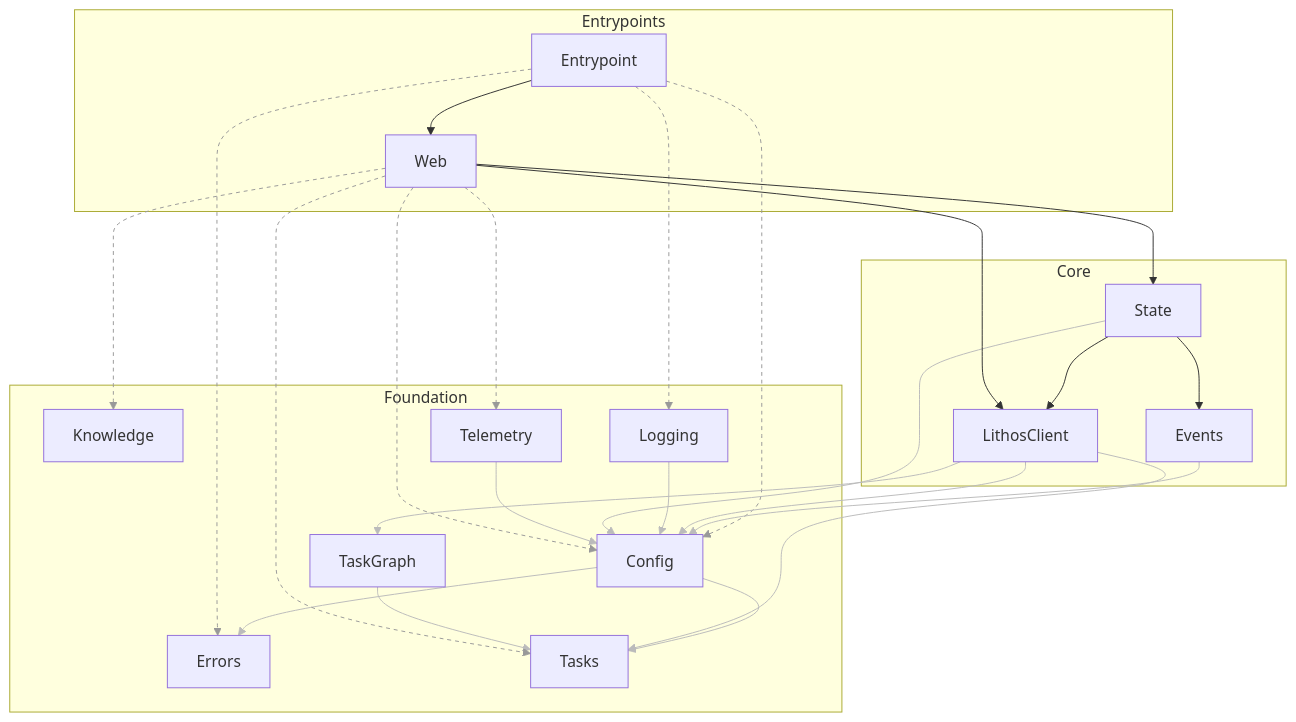
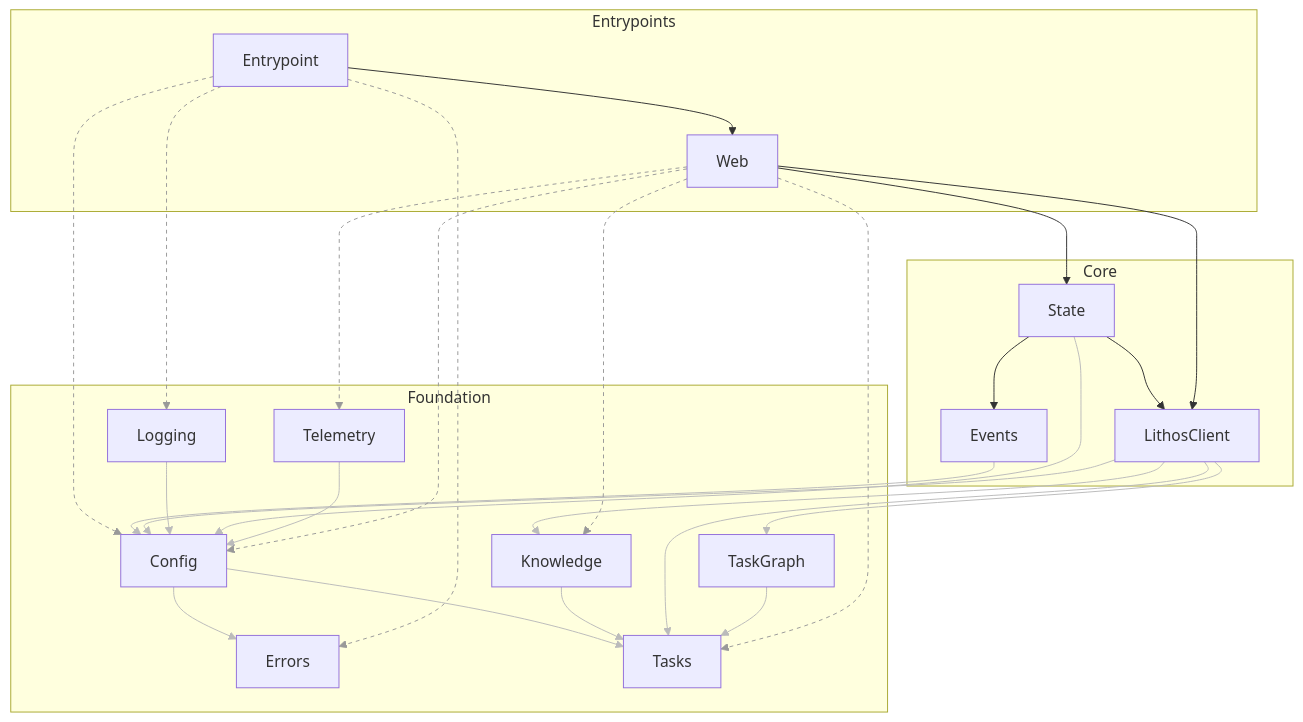
One commit to agent-lore/lithos-lens changed the diagram in docs/generated/architecture.md. Above: the diagram before and after it, drawn with Mermaid. The commit also changed 20 other files, not shown here.

````diff
--- a/docs/generated/architecture.md
+++ b/docs/generated/architecture.md
@@ -6,72 +6,76 @@
 ```mermaid
 graph TD
   subgraph tier_Entrypoints["Entrypoints"]
     Entrypoint
     Web
   end
   subgraph tier_Core["Core"]
     Events
     LithosClient
     State
   end
   subgraph tier_Foundation["Foundation"]
     Config
     Errors
     Knowledge
     Logging
     TaskGraph
     Tasks
     Telemetry
   end
   click Config "components/Config.md"
   click Entrypoint "components/Entrypoint.md"
   click Errors "components/Errors.md"
   click Events "components/Events.md"
   click Knowledge "components/Knowledge.md"
   click LithosClient "components/LithosClient.md"
   click Logging "components/Logging.md"
   click State "components/State.md"
   click TaskGraph "components/TaskGraph.md"
   click Tasks "components/Tasks.md"
   click Telemetry "components/Telemetry.md"
   click Web "components/Web.md"
   Config --> Errors
   Config --> Tasks
   Entrypoint --> Config
   Entrypoint --> Errors
   Entrypoint --> Logging
   Entrypoint --> Web
   Events --> Config
+  Knowledge --> Tasks
   LithosClient --> Config
+  LithosClient --> Knowledge
   LithosClient --> TaskGraph
   LithosClient --> Tasks
   Logging --> Config
   State --> Config
   State --> Events
   State --> LithosClient
   TaskGraph --> Tasks
   Telemetry --> Config
   Web --> Config
   Web --> Knowledge
   Web --> LithosClient
   Web --> State
   Web --> Tasks
   Web --> Telemetry
   linkStyle 0 stroke:#bbb
   linkStyle 1 stroke:#bbb
   linkStyle 2 stroke:#999,stroke-dasharray:4
   linkStyle 3 stroke:#999,stroke-dasharray:4
   linkStyle 4 stroke:#999,stroke-dasharray:4
   linkStyle 6 stroke:#bbb
   linkStyle 7 stroke:#bbb
   linkStyle 8 stroke:#bbb
   linkStyle 9 stroke:#bbb
   linkStyle 10 stroke:#bbb
   linkStyle 11 stroke:#bbb
-  linkStyle 14 stroke:#bbb
-  linkStyle 15 stroke:#bbb
-  linkStyle 16 stroke:#999,stroke-dasharray:4
-  linkStyle 17 stroke:#999,stroke-dasharray:4
-  linkStyle 20 stroke:#999,stroke-dasharray:4
-  linkStyle 21 stroke:#999,stroke-dasharray:4
+  linkStyle 12 stroke:#bbb
+  linkStyle 13 stroke:#bbb
+  linkStyle 16 stroke:#bbb
+  linkStyle 17 stroke:#bbb
+  linkStyle 18 stroke:#999,stroke-dasharray:4
+  linkStyle 19 stroke:#999,stroke-dasharray:4
+  linkStyle 22 stroke:#999,stroke-dasharray:4
+  linkStyle 23 stroke:#999,stroke-dasharray:4
 ```
````
